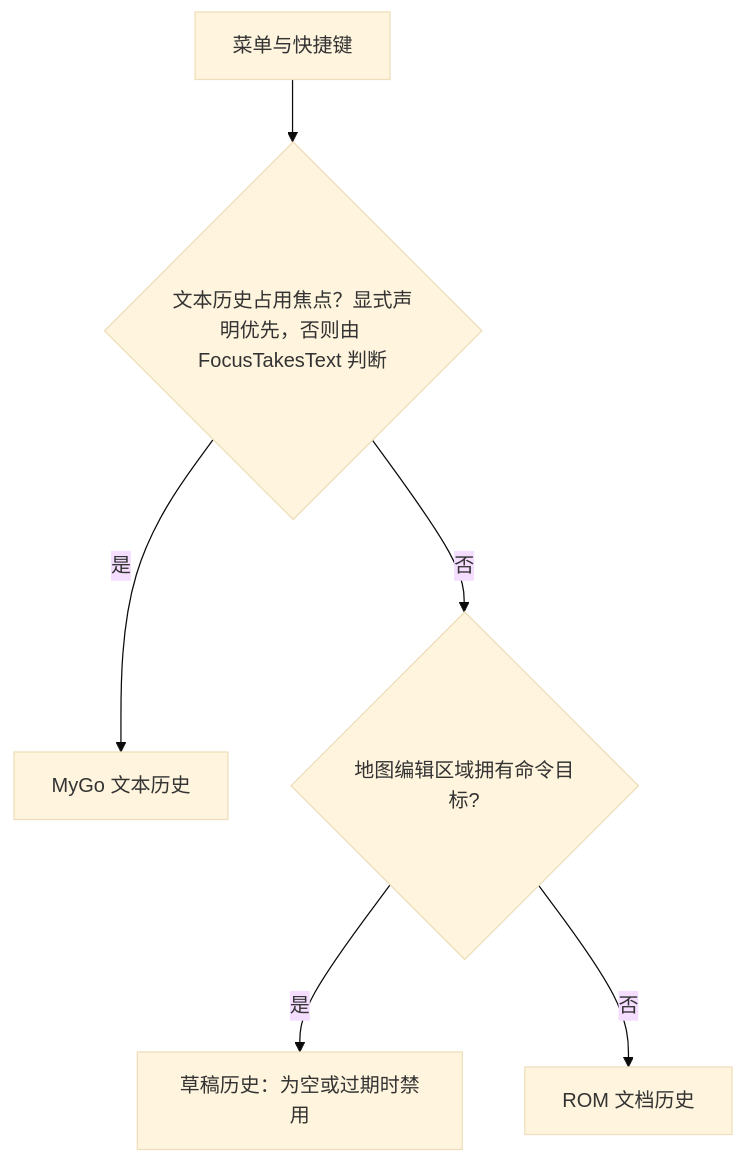
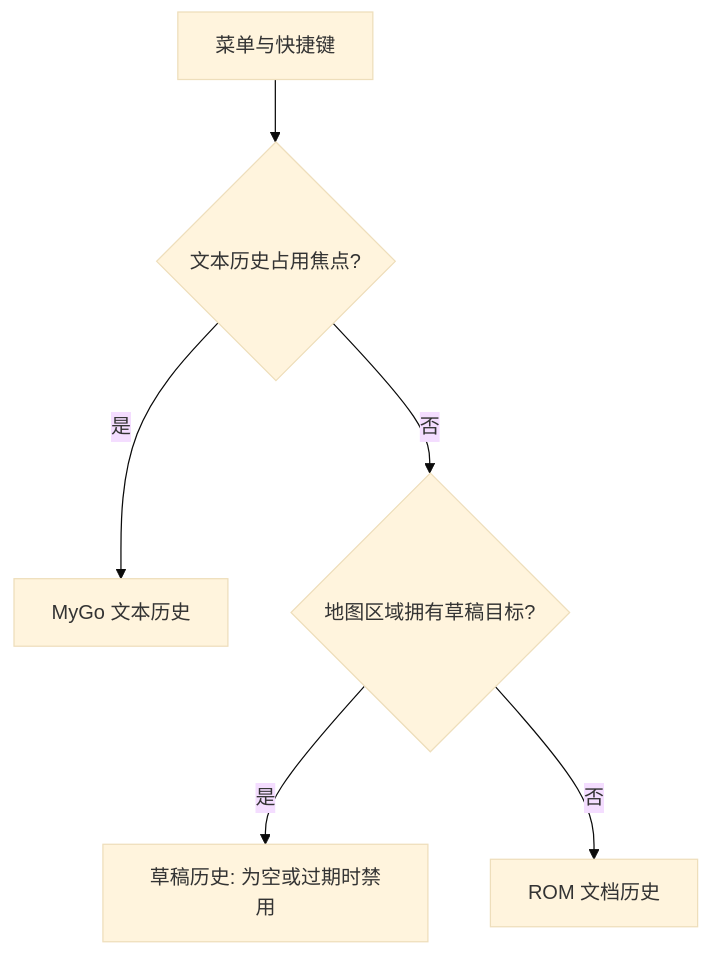
The second of 2 diagrams in docs/architecture.md (woxQAQ/febuildergba-mygo), drawn with Mermaid (base theme) before and after one commit. The commit also changed other lines of this file and 28 other files, not shown here.

````diff
--- a/docs/architecture.md
+++ b/docs/architecture.md
@@ -189,8 +179,8 @@
 ```mermaid
 flowchart TD
-    Command[菜单与快捷键] --> Text{"文本历史占用焦点？显式声明优先，否则由 FocusTakesText 判断"}
+    Command[菜单与快捷键] --> Text{文本历史占用焦点?}
     Text -- 是 --> Native[MyGo 文本历史]
-    Text -- 否 --> Draft{地图编辑区域拥有命令目标?}
-    Draft -- 是 --> Local[草稿历史：为空或过期时禁用]
+    Text -- 否 --> Draft{地图区域拥有草稿目标?}
+    Draft -- 是 --> Local[草稿历史: 为空或过期时禁用]
     Draft -- 否 --> Document[ROM 文档历史]
 ```
````
